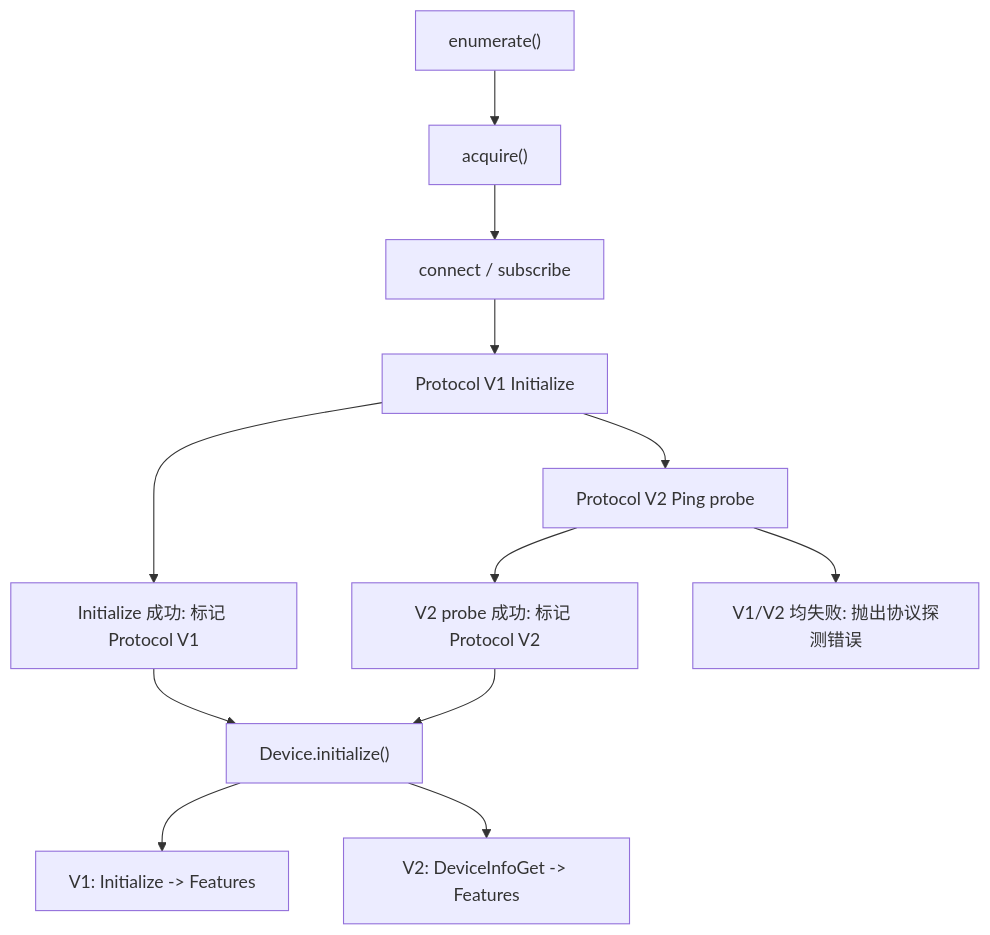
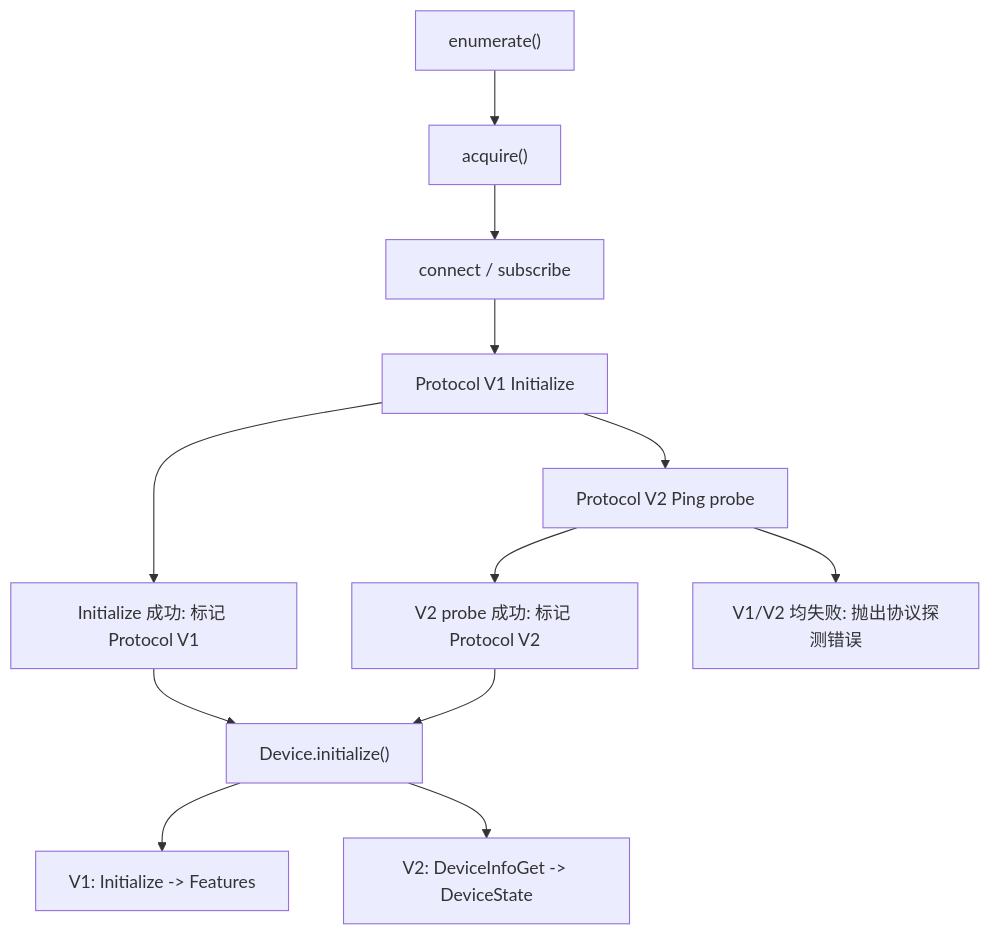
One commit to OneKeyHQ/hardware-js-sdk changed the second of 3 diagrams in docs/architecture/overview.md. Above: the diagram before and after it, drawn with Mermaid. The commit also changed other lines of this file and 8 other files, not shown here.

````diff
--- a/docs/architecture/overview.md
+++ b/docs/architecture/overview.md
@@ -78,22 +78,22 @@
 ```mermaid
 flowchart TD
   Enumerate["enumerate()"]
   Acquire["acquire()"]
   Connect["connect / subscribe"]
   ProbeV1["Protocol V1 Initialize"]
   V1["Initialize 成功: 标记 Protocol V1"]
   ProbeV2["Protocol V2 Ping probe"]
   V2["V2 probe 成功: 标记 Protocol V2"]
   DetectionError["V1/V2 均失败: 抛出协议探测错误"]
   Init["Device.initialize()"]
   InitV1["V1: Initialize -> Features"]
-  InitV2["V2: DeviceInfoGet -> Features"]
+  InitV2["V2: DeviceInfoGet -> DeviceState"]
 
   Enumerate --> Acquire --> Connect --> ProbeV1
   ProbeV1 --> V1 --> Init
   ProbeV1 --> ProbeV2
   ProbeV2 --> V2 --> Init
   ProbeV2 --> DetectionError
   Init --> InitV1
   Init --> InitV2
 ```
````
